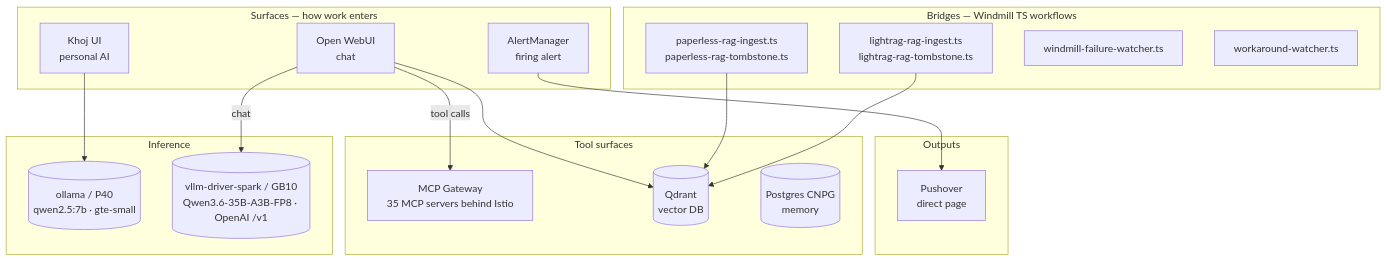
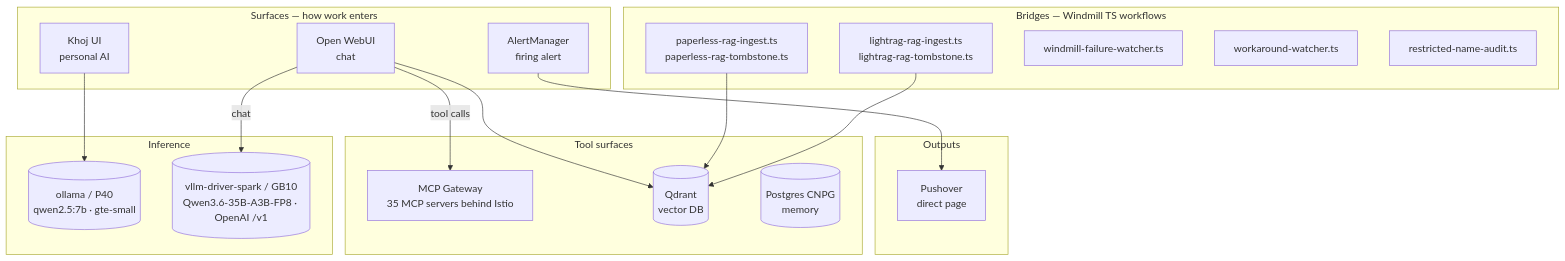
Before and after one commit to rwlove/home-ops: the diagram in docs/src/ai_architecture.md, drawn with Mermaid. The commit also changed 4 other files, not shown here.

First line of the commit message:
feat(windmill): weekly restricted-name audit of issue/PR narrative (#16287)

````diff
--- a/docs/src/ai_architecture.md
+++ b/docs/src/ai_architecture.md
@@ -35,39 +35,40 @@
 ```mermaid
 flowchart TB
     subgraph Surfaces[Surfaces — how work enters]
         OWUI[Open WebUI<br/>chat]
         Khoj[Khoj UI<br/>personal AI]
         AM[AlertManager<br/>firing alert]
     end
 
     subgraph Bridges[Bridges — Windmill TS workflows]
         WPaperless[paperless-rag-ingest.ts<br/>paperless-rag-tombstone.ts]
         WLightrag[lightrag-rag-ingest.ts<br/>lightrag-rag-tombstone.ts]
         WFail[windmill-failure-watcher.ts]
         WWork[workaround-watcher.ts]
+        WAudit[restricted-name-audit.ts]
     end
 
     subgraph Inference[Inference]
         OllamaP40[(ollama / P40<br/>qwen2.5:7b · gte-small)]
         VllmDriver[(vllm-driver-spark / GB10<br/>Qwen3.6-35B-A3B-FP8 · OpenAI /v1)]
     end
 
     subgraph Tools[Tool surfaces]
         Gw[MCP Gateway<br/>35 MCP servers behind Istio]
         Q[(Qdrant<br/>vector DB)]
         PG[(Postgres CNPG<br/>memory)]
     end
 
     subgraph Outputs[Outputs]
         Push[Pushover<br/>direct page]
     end
 
     OWUI -->|chat| VllmDriver
     OWUI -->|tool calls| Gw
     OWUI --> Q
     Khoj --> OllamaP40
     AM --> Push
 
     WPaperless --> Q
     WLightrag --> Q
 ```
````
